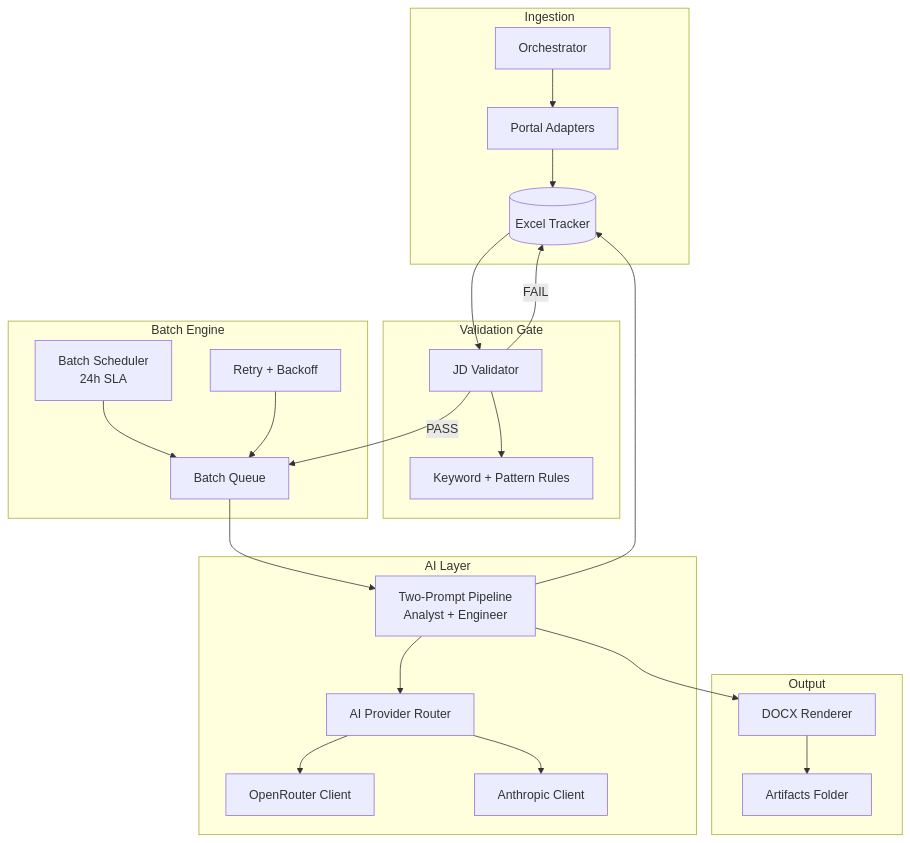
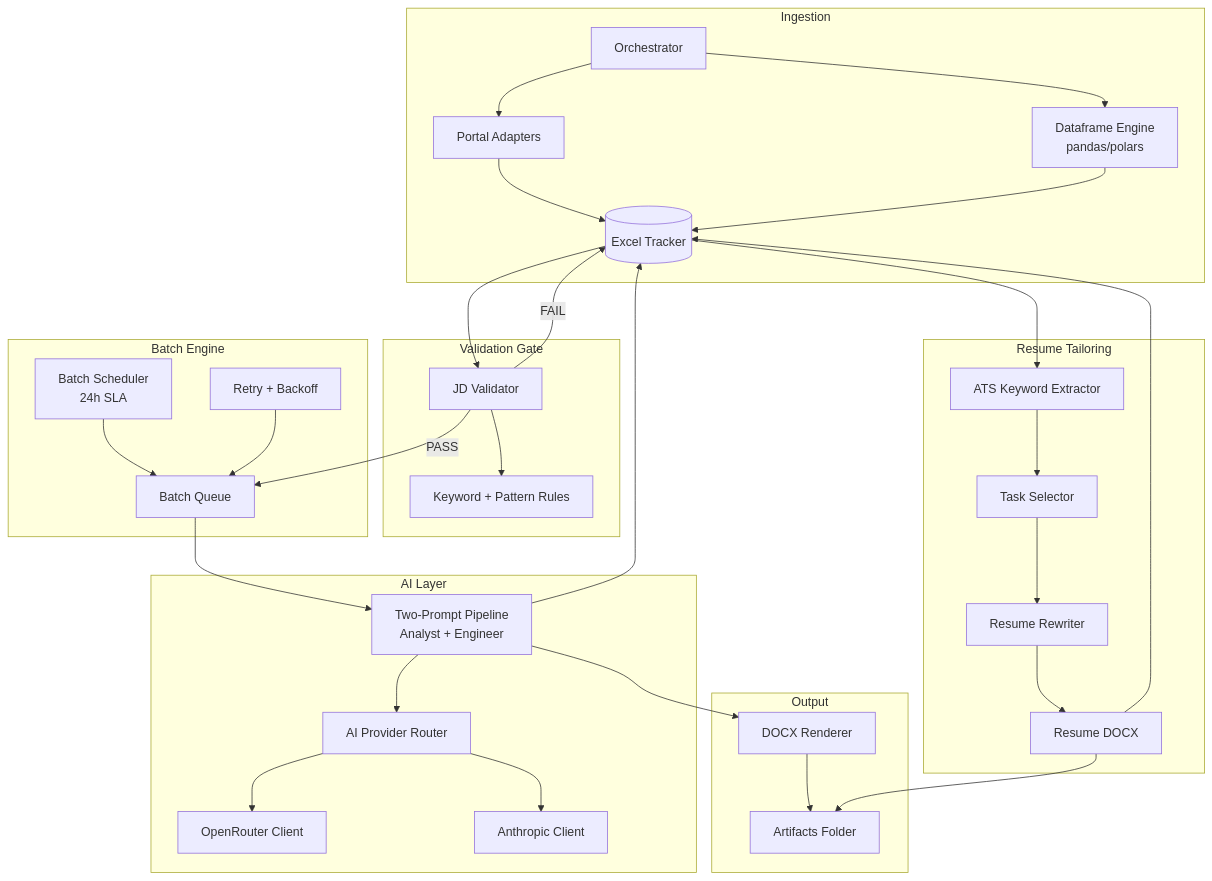
The seventh of 7 diagrams in architecture-design.md (dgmw15/Resume_Automated), drawn with Mermaid before and after one commit. The commit also changed other lines of this file and 1 other file, not shown here.

Commit message:
Add ATS resume tailoring architecture

````diff
--- a/architecture-design.md
+++ b/architecture-design.md
@@ -162,47 +191,63 @@
 ```mermaid
 graph TD
   subgraph Ingestion
     ORCH[Orchestrator]
     ADAPT[Portal Adapters]
+    DFE[Dataframe Engine\npandas/polars]
     TRACK[(Excel Tracker)]
   end
 
   subgraph Validation Gate
     JDV[JD Validator]
     RULES[Keyword + Pattern Rules]
     JDV --> RULES
   end
 
   subgraph Batch Engine
     BQ[Batch Queue]
     SCH[Batch Scheduler\n24h SLA]
     RETRY[Retry + Backoff]
   end
 
   subgraph AI Layer
     ROUTER[AI Provider Router]
     ORP[OpenRouter Client]
     CLAUDE[Anthropic Client]
     PIPE[Two-Prompt Pipeline\nAnalyst + Engineer]
     ROUTER --> ORP
     ROUTER --> CLAUDE
     PIPE --> ROUTER
   end
 
   subgraph Output
     DOCX[DOCX Renderer]
     STORE[Artifacts Folder]
     DOCX --> STORE
   end
 
+  subgraph Resume Tailoring
+    ATS[ATS Keyword Extractor]
+    TSEL[Task Selector]
+    RRW[Resume Rewriter]
+    RDOCX[Resume DOCX]
+    RDOCX --> STORE
+  end
+
   ORCH --> ADAPT
+  ORCH --> DFE
   ADAPT --> TRACK
+  DFE --> TRACK
   TRACK --> JDV
   JDV -->|PASS| BQ
   JDV -->|FAIL| TRACK
   SCH --> BQ
   BQ --> PIPE
   PIPE --> TRACK
   PIPE --> DOCX
   RETRY --> BQ
+  TRACK --> ATS
+  ATS --> TSEL
+  TSEL --> RRW
+  RRW --> RDOCX
+  RDOCX --> TRACK
 ```
````
